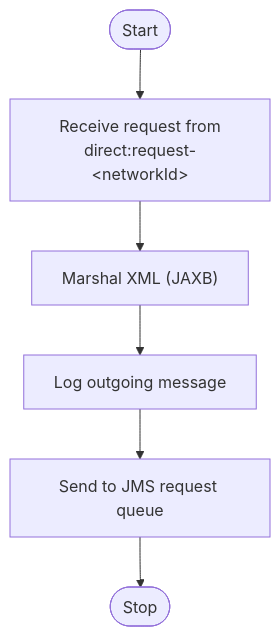
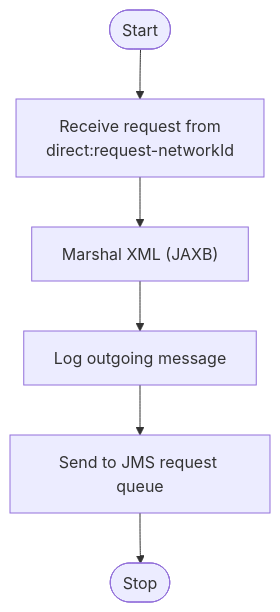
The second of 7 diagrams in enterprise-integration/app/basics/iec_connector_camel_routes/README.md (sbhrwl/microservices), drawn with Mermaid before and after one commit.

Commit message:
Fix formatting in README for receive request step

````diff
--- a/enterprise-integration/app/basics/iec_connector_camel_routes/README.md
+++ b/enterprise-integration/app/basics/iec_connector_camel_routes/README.md
@@ -100,18 +100,18 @@
 ```mermaid
 flowchart TB
 
     Start([Start])
 
-    Receive["Receive request from<br/>direct:request-&lt;networkId&gt;"]
+    Receive["Receive request from<br/>direct:request-networkId"]
     Marshal["Marshal XML (JAXB)"]
     Log["Log outgoing message"]
     Send["Send to JMS request queue"]
 
     End([Stop])
 
     Start --> Receive
     Receive --> Marshal
     Marshal --> Log
     Log --> Send
     Send --> End
 ```
````
